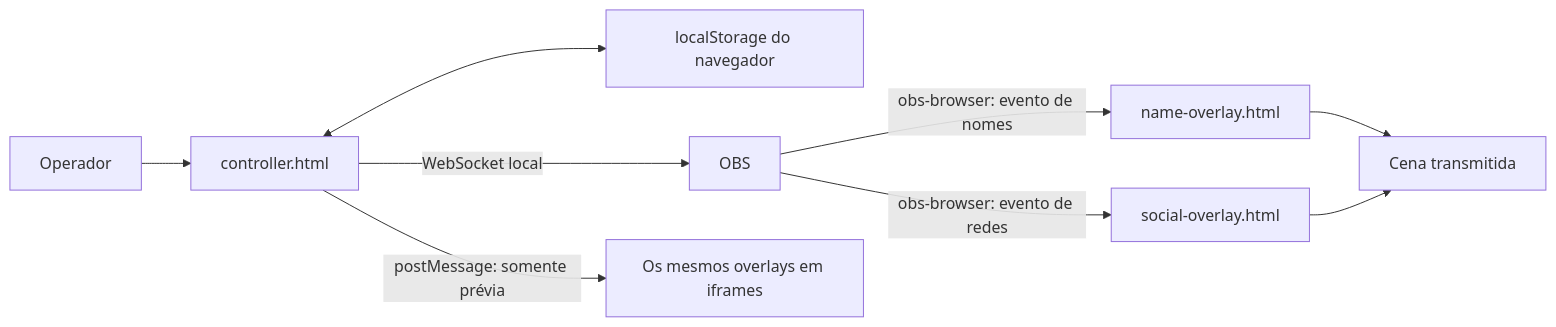
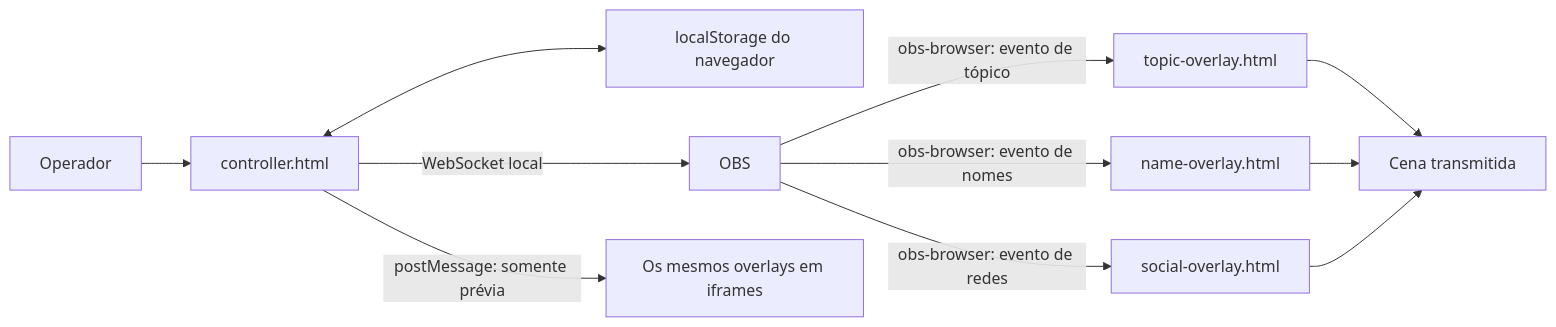
The diagram in DOCUMENTACAO.pt-BR.md (thaylorcs/overlay-controller-for-obs), drawn with Mermaid before and after one commit. The commit also changed other lines of this file and 9 other files, not shown here.

````diff
--- a/DOCUMENTACAO.pt-BR.md
+++ b/DOCUMENTACAO.pt-BR.md
@@ -45,11 +49,13 @@
 ```mermaid
 flowchart LR
   Operator[Operador] --> Controller[controller.html]
   Controller <--> Storage[localStorage do navegador]
   Controller -->|WebSocket local| OBS[OBS]
   OBS -->|obs-browser: evento de nomes| Names[name-overlay.html]
   OBS -->|obs-browser: evento de redes| Social[social-overlay.html]
+  OBS -->|obs-browser: evento de tópico| Topic[topic-overlay.html]
+  Topic --> Scene[Cena transmitida]
   Names --> Scene[Cena transmitida]
   Social --> Scene
   Controller -->|postMessage: somente prévia| Preview[Os mesmos overlays em iframes]
 ```
````
